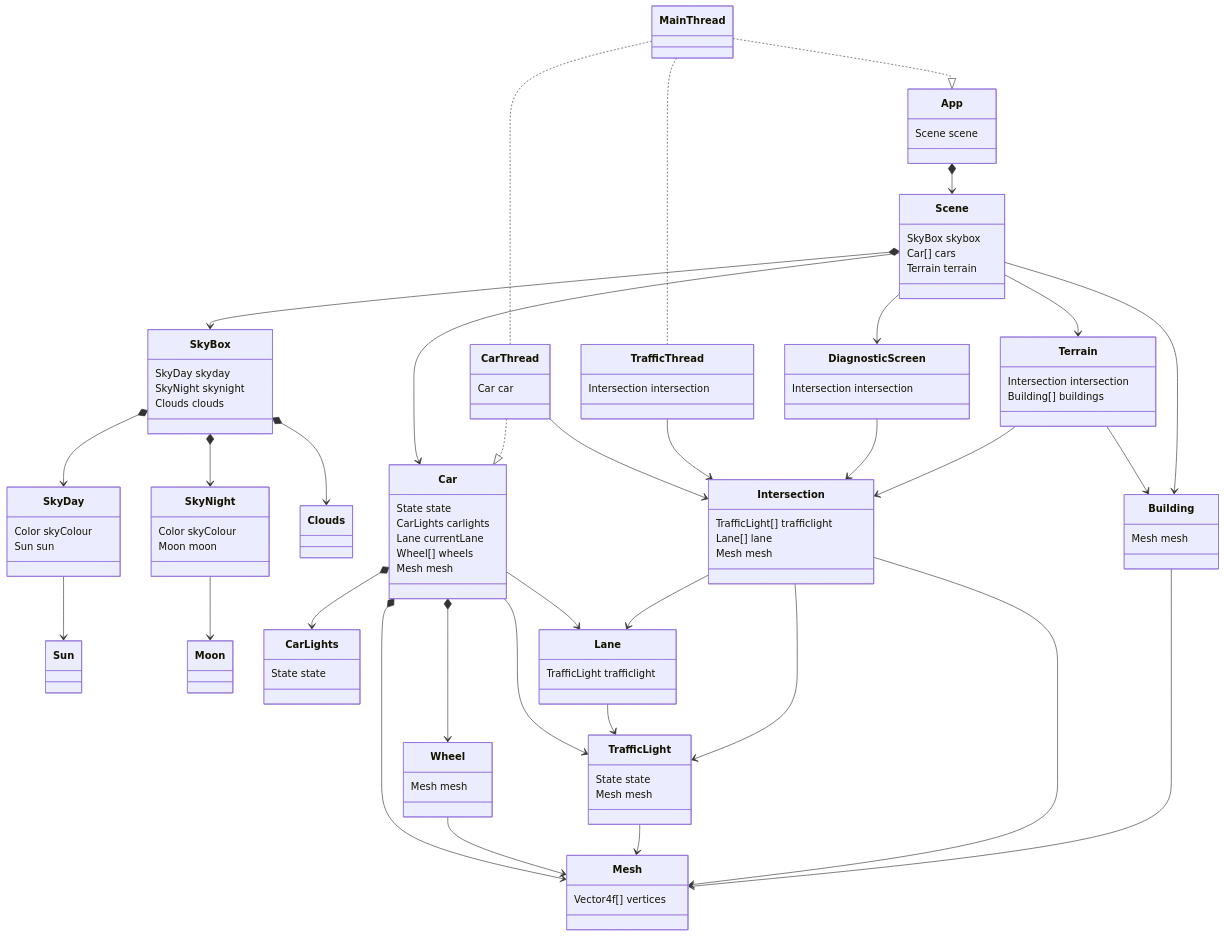
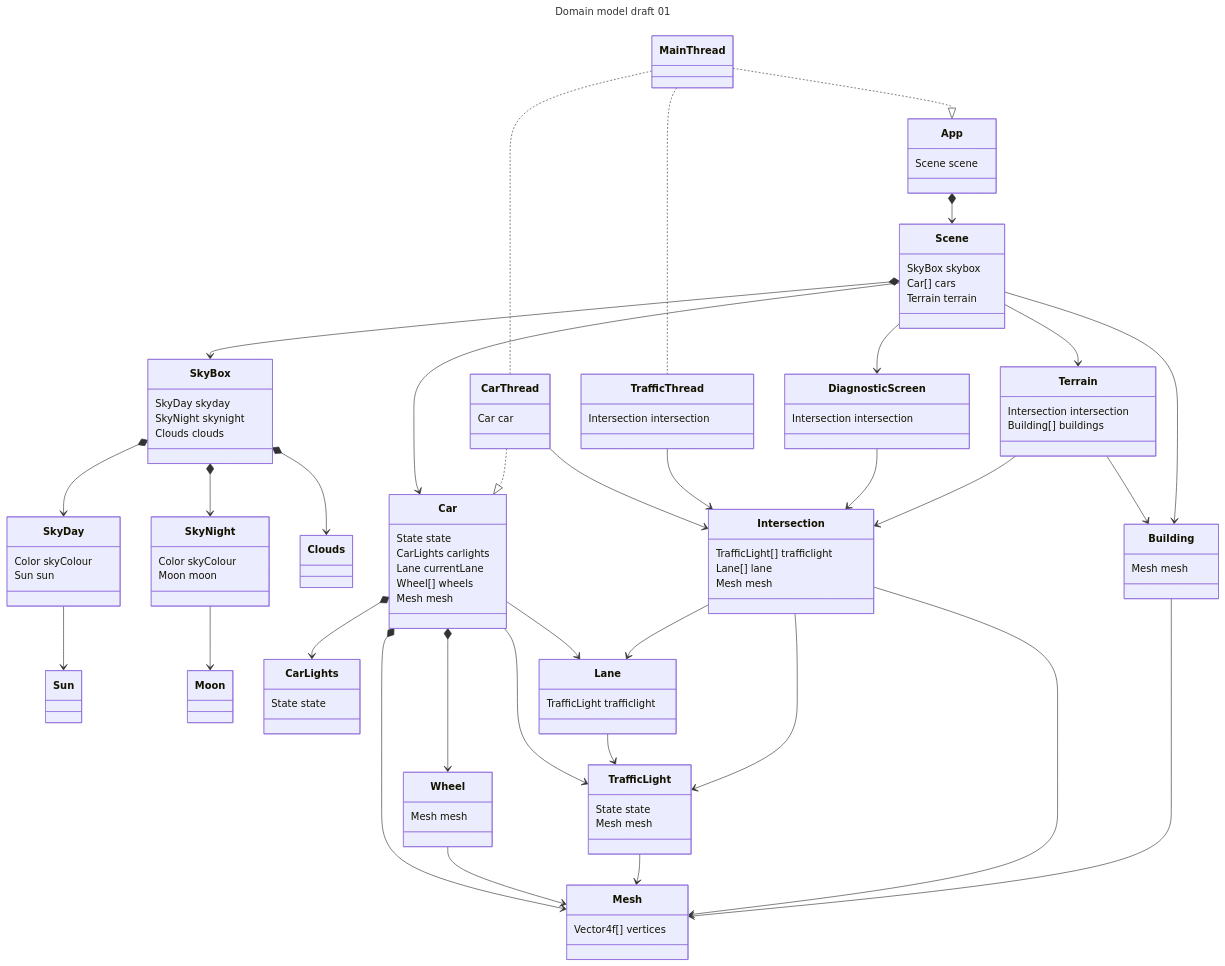
The first of 2 diagrams in docs/docs_02_requirements.md (corbeau217/cpp_opengl_vehicles), drawn with Mermaid before and after one commit. The commit also changed other lines of this file and 1 other file, not shown here.

````diff
--- a/docs/docs_02_requirements.md
+++ b/docs/docs_02_requirements.md
@@ -96,7 +99,8 @@
 ```mermaid
+---
+title: Domain model draft 01
+---
 classDiagram
-    title Domain model draft 01
-
     class Scene {
         SkyBox skybox
         Car[] cars
````
